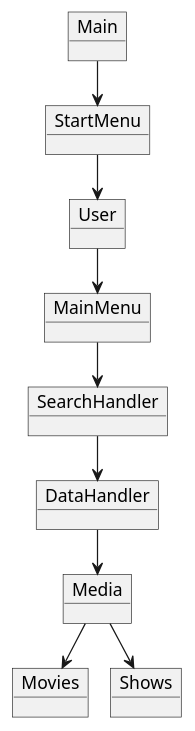
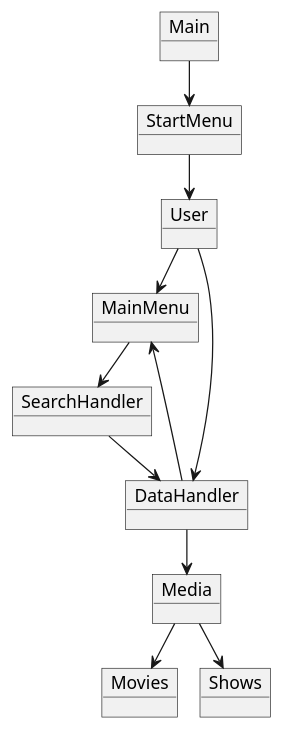
One commit to ValdemarLarsen02/SP3GruppeD changed the diagram in .idea/Domain Model.puml. Above: the diagram before and after it, drawn with PlantUML. The commit also changed 1 other file, not shown here.

```diff
--- a/.idea/Domain Model.puml
+++ b/.idea/Domain Model.puml
@@ -1,33 +1,37 @@
 @startuml
 !pragma layout smetana
 
 object Main
 object StartMenu
 object MainMenu
 object Media
 object DataHandler
 object User
 object SearchHandler
 object Movies
 object Shows
 
 
 
+
 Main --> StartMenu
 StartMenu --> User
 User --> MainMenu
 MainMenu --> SearchHandler
 SearchHandler --> DataHandler
 DataHandler --> Media
 Media --> Shows
 Media --> Movies
+User --> DataHandler
+DataHandler --> MainMenu
+
 
 
 
 
 
 
 
 
 
 @enduml
```
